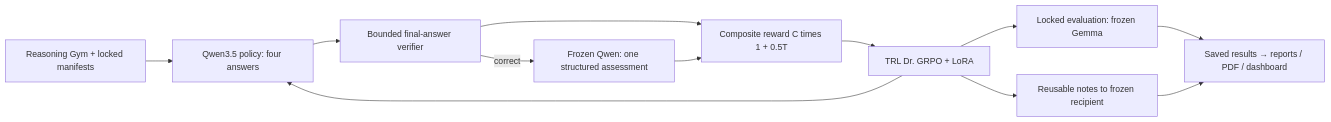
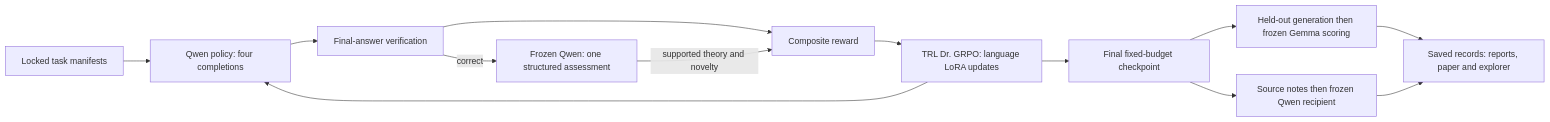
The diagram in README.md (BurnyCoder/grothendieck-reinforcement-learning-with-llm-as-a-judge-reward-in-grpo-rlvr), drawn with Mermaid before and after one commit. The commit also changed other lines of this file and 11 other files, not shown here.

````diff
--- a/README.md
+++ b/README.md
@@ -61,14 +109,15 @@
 ```mermaid
 flowchart LR
-  G[Reasoning Gym + locked manifests] --> P[Qwen3.5 policy: four answers]
-  P --> V[Bounded final-answer verifier]
+  D[Locked task manifests] --> P[Qwen policy: four completions]
+  P --> V[Final-answer verification]
   V -->|correct| J[Frozen Qwen: one structured assessment]
-  V --> R[Composite reward C times 1 + 0.5T]
-  J --> R
-  R --> T[TRL Dr. GRPO + LoRA]
-  T --> P
-  T --> E[Locked evaluation: frozen Gemma]
-  T --> N[Reusable notes to frozen recipient]
-  E --> A[Saved results → reports / PDF / dashboard]
+  V --> R[Composite reward]
+  J -->|supported theory and novelty| R
+  R --> G[TRL Dr. GRPO: language LoRA updates]
+  G --> P
+  G --> E[Final fixed-budget checkpoint]
+  E --> H[Held-out generation then frozen Gemma scoring]
+  E --> N[Source notes then frozen Qwen recipient]
+  H --> A[Saved records: reports, paper and explorer]
   N --> A
 ```
````
